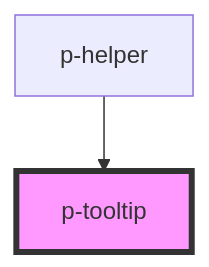
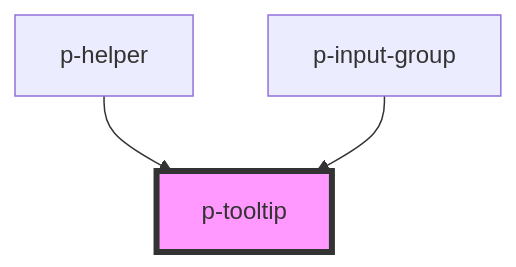
The diagram in packages/core/src/components/atoms/tooltip/readme.md (Employes/paperless), drawn with Mermaid before and after one commit. The commit also changed other lines of this file and 12 other files, not shown here.

Commit message:
feat(Molecules): Add input group component

````diff
--- a/packages/core/src/components/atoms/tooltip/readme.md
+++ b/packages/core/src/components/atoms/tooltip/readme.md
@@ -69,5 +70,6 @@
 ```mermaid
 graph TD;
   p-helper --> p-tooltip
+  p-input-group --> p-tooltip
   style p-tooltip fill:#f9f,stroke:#333,stroke-width:4px
 ```
````
